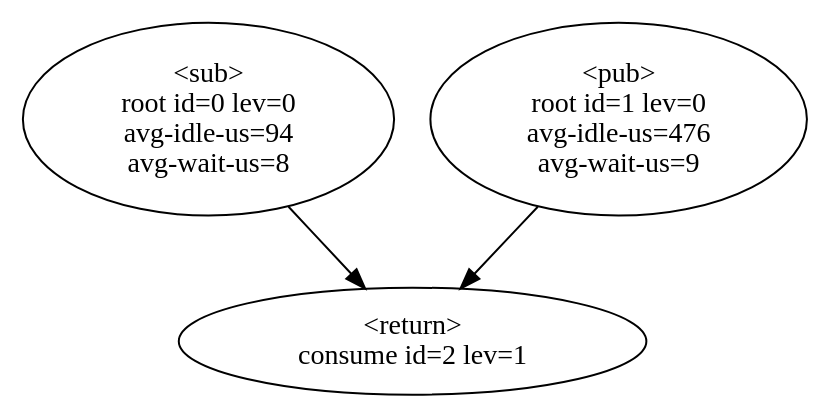
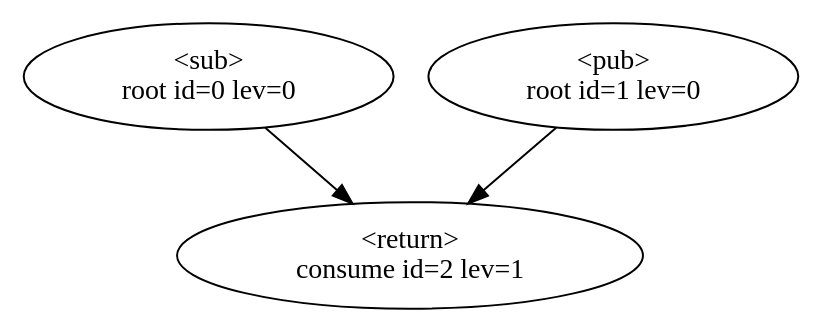
One commit to Acemyzoe/tasks-manager changed the diagram in test_mqtttasks/build/test_transwarp.dot. Above: the diagram before and after it, drawn with Graphviz. The commit also changed 34 other files, not shown here.

```diff
--- a/test_mqtttasks/build/test_transwarp.dot
+++ b/test_mqtttasks/build/test_transwarp.dot
@@ -1,12 +1,8 @@
 digraph {
 "<sub>
-root id=0 lev=0
-avg-idle-us=94
-avg-wait-us=8" -> "<return>
+root id=0 lev=0" -> "<return>
 consume id=2 lev=1"
 "<pub>
-root id=1 lev=0
-avg-idle-us=476
-avg-wait-us=9" -> "<return>
+root id=1 lev=0" -> "<return>
 consume id=2 lev=1"
 }
```
